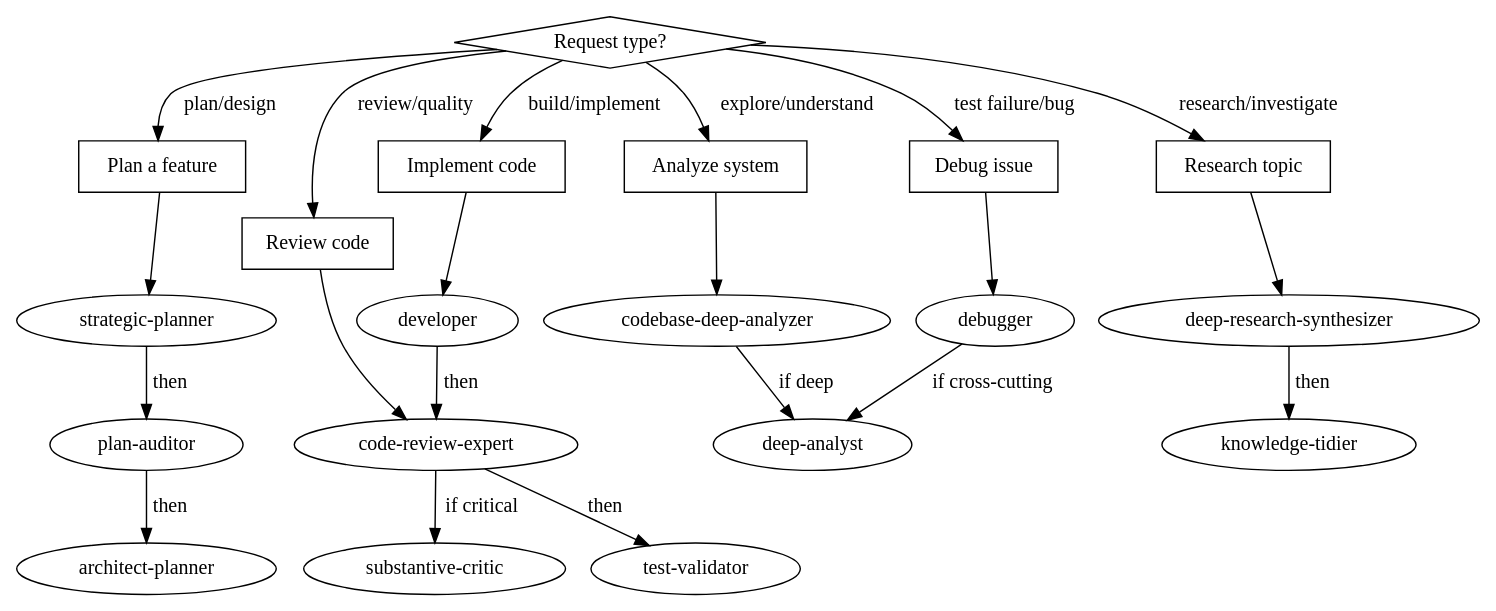
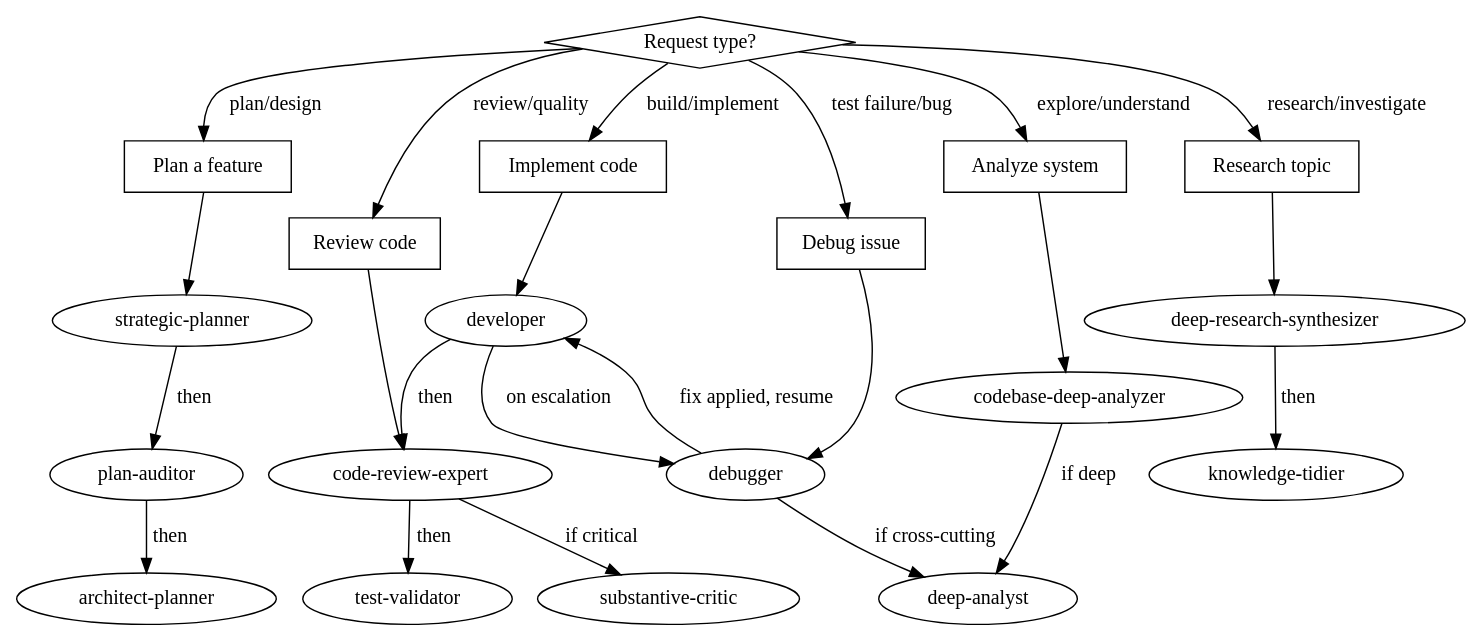
Before and after one commit to Hellblazer/nexus: the diagram in nx/skills/orchestration/SKILL.md, drawn with Graphviz. The commit also changed other lines of this file and 4 other files, not shown here.

First line of the commit message:
feat: developer agent circuit breaker for test failure escalation (RDR-040)

````diff
--- a/nx/skills/orchestration/SKILL.md
+++ b/nx/skills/orchestration/SKILL.md
@@ -19,53 +19,55 @@
 ```dot
 digraph routing {
     rankdir=TB;
     "Request type?" [shape=diamond];
 
     "Plan a feature" [shape=box];
     "Implement code" [shape=box];
     "Debug issue" [shape=box];
     "Review code" [shape=box];
     "Research topic" [shape=box];
     "Analyze system" [shape=box];
 
     "strategic-planner" [shape=ellipse];
     "plan-auditor" [shape=ellipse];
     "architect-planner" [shape=ellipse];
     "developer" [shape=ellipse];
     "code-review-expert" [shape=ellipse];
     "test-validator" [shape=ellipse];
     "debugger" [shape=ellipse];
     "deep-analyst" [shape=ellipse];
     "substantive-critic" [shape=ellipse];
     "deep-research-synthesizer" [shape=ellipse];
     "knowledge-tidier" [shape=ellipse];
     "codebase-deep-analyzer" [shape=ellipse];
 
     "Request type?" -> "Plan a feature" [label="plan/design"];
     "Request type?" -> "Implement code" [label="build/implement"];
     "Request type?" -> "Debug issue" [label="test failure/bug"];
     "Request type?" -> "Review code" [label="review/quality"];
     "Request type?" -> "Research topic" [label="research/investigate"];
     "Request type?" -> "Analyze system" [label="explore/understand"];
 
     "Plan a feature" -> "strategic-planner";
     "strategic-planner" -> "plan-auditor" [label="then"];
     "plan-auditor" -> "architect-planner" [label="then"];
 
     "Implement code" -> "developer";
     "developer" -> "code-review-expert" [label="then"];
+    "developer" -> "debugger" [label="on escalation"];
+    "debugger" -> "developer" [label="fix applied, resume"];
     "code-review-expert" -> "test-validator" [label="then"];
 
     "Debug issue" -> "debugger";
     "debugger" -> "deep-analyst" [label="if cross-cutting"];
 
     "Review code" -> "code-review-expert";
     "code-review-expert" -> "substantive-critic" [label="if critical"];
 
     "Research topic" -> "deep-research-synthesizer";
     "deep-research-synthesizer" -> "knowledge-tidier" [label="then"];
 
     "Analyze system" -> "codebase-deep-analyzer";
     "codebase-deep-analyzer" -> "deep-analyst" [label="if deep"];
 }
 ```
````
